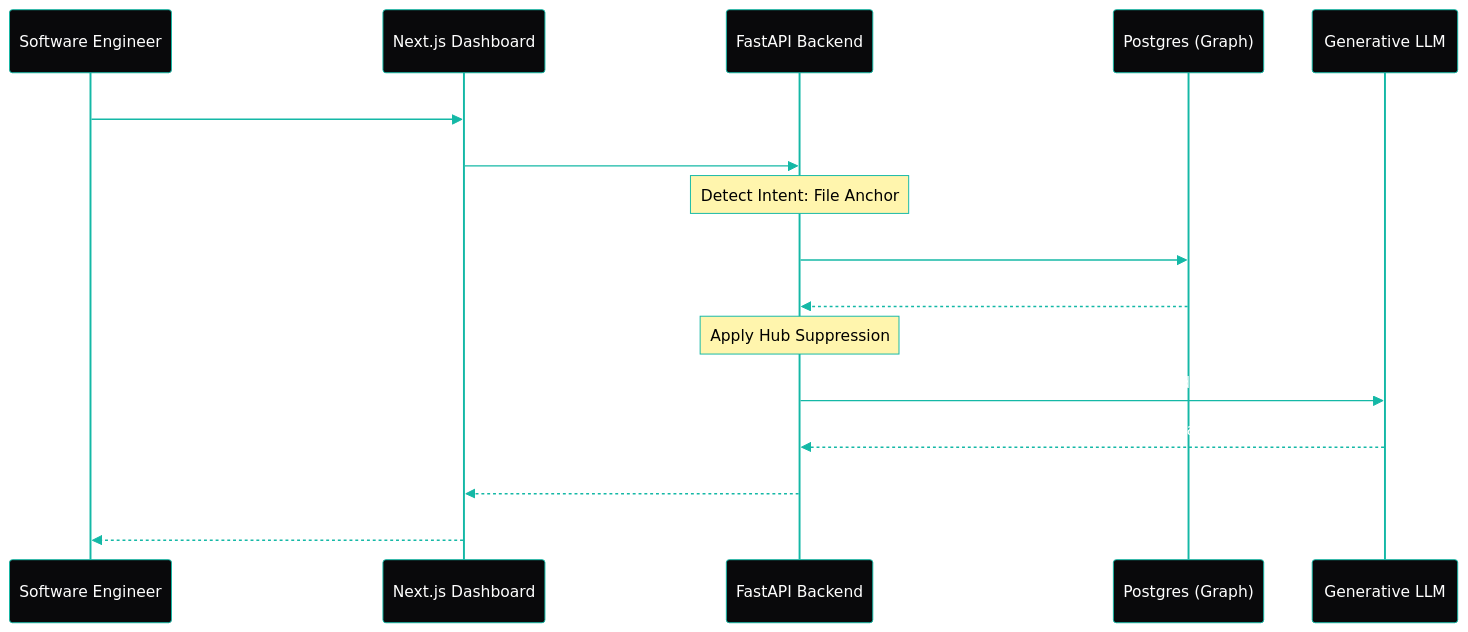
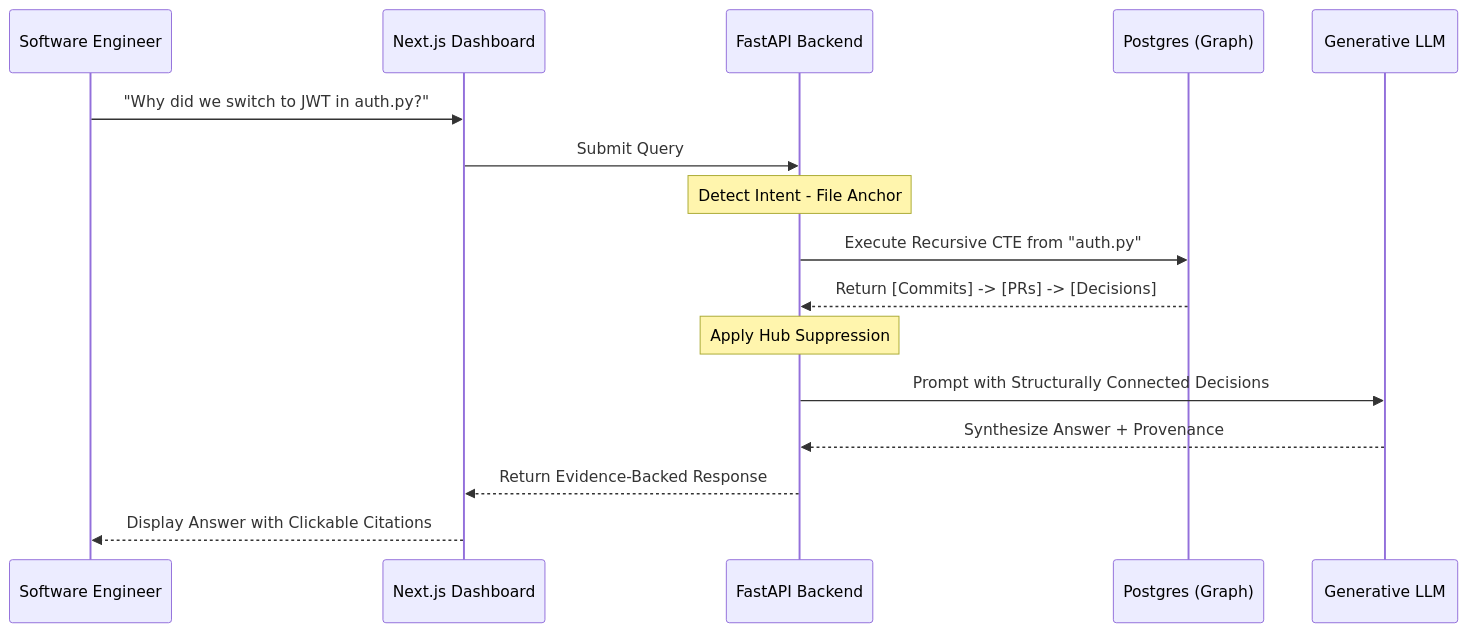
The second of 2 diagrams in README.md (amanmprojects/kairo), drawn with Mermaid before and after one commit. The commit also changed other lines of this file, not shown here.

Commit message:
Fix: Remove custom Mermaid theme configs to restore GitHub Markdown rendering

````diff
--- a/README.md
+++ b/README.md
@@ -91,35 +80,22 @@
 ```mermaid
-%%{init: {
-  'theme': 'base',
-  'themeVariables': {
-    'actorBkg': '#09090b',
-    'actorBorder': '#14b8a6',
-    'actorTextColor': '#ffffff',
-    'signalColor': '#14b8a6',
-    'signalTextColor': '#ffffff',
-    'noteBkg': '#14b8a6',
-    'noteTextColor': '#000000',
-    'noteBorderColor': '#14b8a6'
-  }
-}}%%
 sequenceDiagram
     participant Engineer as Software Engineer
     participant UI as Next.js Dashboard
     participant API as FastAPI Backend
     participant DB as Postgres (Graph)
     participant LLM as Generative LLM
 
     Engineer->>UI: "Why did we switch to JWT in auth.py?"
     UI->>API: Submit Query
     
-    Note over API: Detect Intent: File Anchor
+    Note over API: Detect Intent - File Anchor
     API->>DB: Execute Recursive CTE from "auth.py"
     DB-->>API: Return [Commits] -> [PRs] -> [Decisions]
     
     Note over API: Apply Hub Suppression
     API->>LLM: Prompt with Structurally Connected Decisions
     LLM-->>API: Synthesize Answer + Provenance
     
     API-->>UI: Return Evidence-Backed Response
     UI-->>Engineer: Display Answer with Clickable Citations
 ```
````
